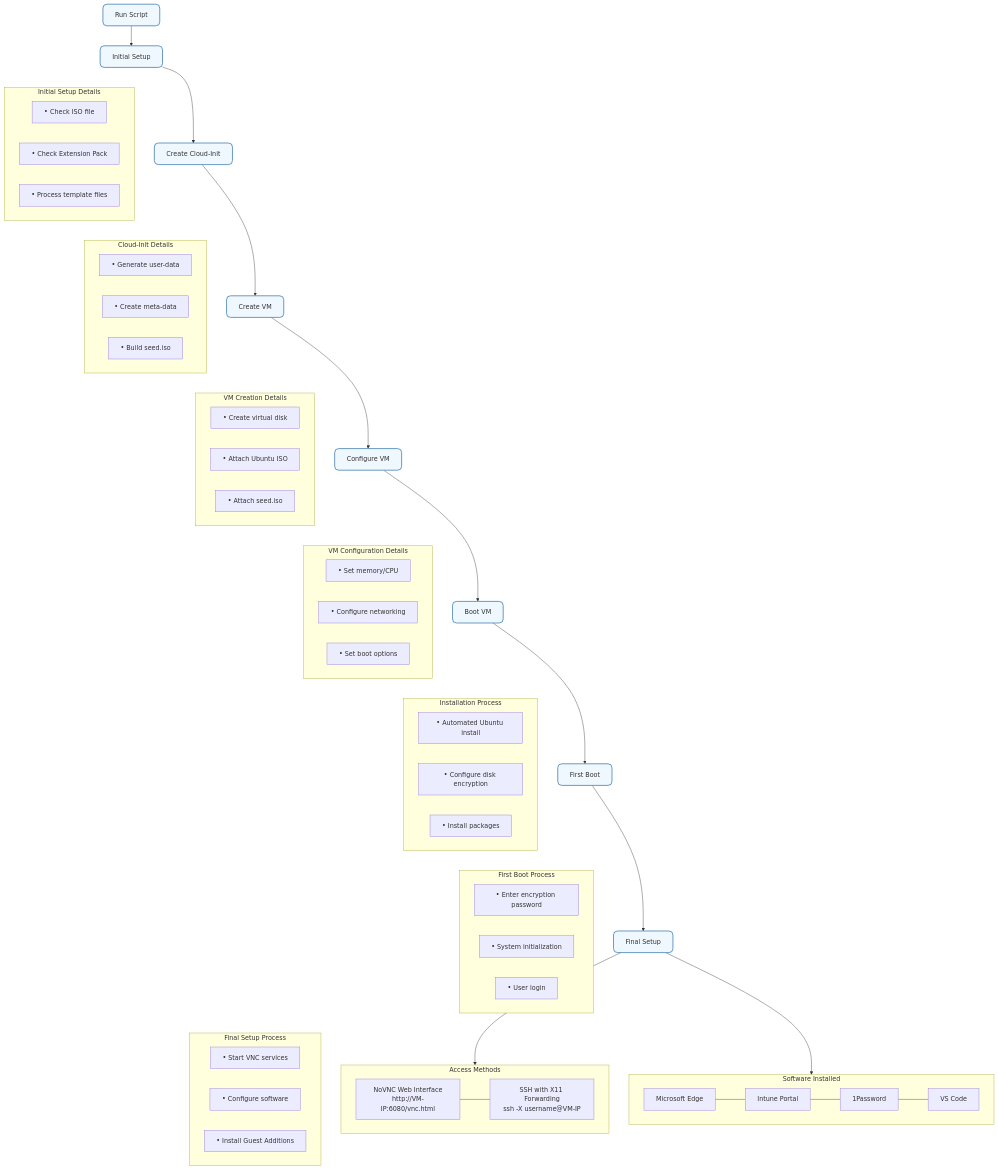
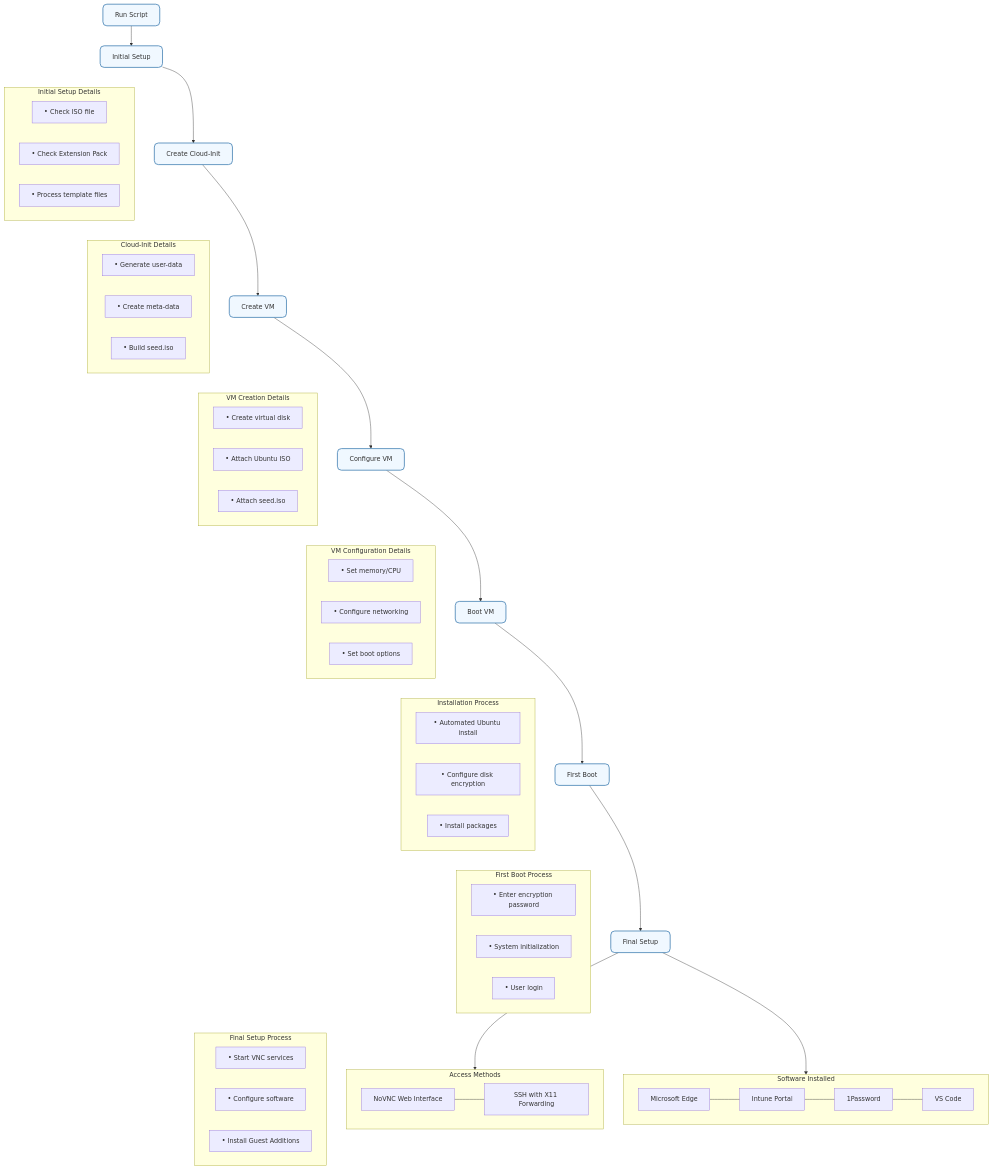
Before and after one commit to blik616287/intune_autoinstall: the diagram in README.md, drawn with Mermaid.

Commit message:
forde-commit-1744408909

````diff
--- a/README.md
+++ b/README.md
@@ -76,75 +76,75 @@
 ```mermaid
 flowchart TD
     A["Run Script"] --> B["Initial Setup"]
     B --> C["Create Cloud-Init"]
     C --> D["Create VM"]
     D --> E["Configure VM"]
     E --> F["Boot VM"]
     F --> G["First Boot"]
     G --> H["Final Setup"]
     
     classDef processBox fill:#f0f8ff,stroke:#4682b4,stroke-width:2px,rx:10px,ry:10px;
     class A,B,C,D,E,F,G,H processBox;
     
     subgraph Init["Initial Setup Details"]
         B1["• Check ISO file"]
         B2["• Check Extension Pack"]
         B3["• Process template files"]
     end
     
     subgraph CloudInit["Cloud-Init Details"]
         C1["• Generate user-data"]
         C2["• Create meta-data"]
         C3["• Build seed.iso"]
     end
     
     subgraph VMCreate["VM Creation Details"]
         D1["• Create virtual disk"]
         D2["• Attach Ubuntu ISO"]
         D3["• Attach seed.iso"]
     end
     
     subgraph VMConfig["VM Configuration Details"]
         E1["• Set memory/CPU"]
         E2["• Configure networking"]
         E3["• Set boot options"]
     end
     
     subgraph Installation["Installation Process"]
         F1["• Automated Ubuntu install"]
         F2["• Configure disk encryption"]
         F3["• Install packages"]
     end
     
     subgraph Boot["First Boot Process"]
         G1["• Enter encryption password"]
         G2["• System initialization"]
         G3["• User login"]
     end
     
     subgraph Setup["Final Setup Process"]
         H1["• Start VNC services"]
         H2["• Configure software"]
         H3["• Install Guest Additions"]
     end
     
     subgraph Software["Software Installed"]
         direction LR
         I["Microsoft Edge"] --- J["Intune Portal"] --- K["1Password"] --- L["VS Code"]
     end
     
     subgraph Access["Access Methods"]
         direction LR
-        M["NoVNC Web Interface<br>http://VM-IP:6080/vnc.html"] --- N["SSH with X11 Forwarding<br>ssh -X username@VM-IP"]
+        M["NoVNC Web Interface"] --- N["SSH with X11 Forwarding"]
     end
     
     B ~~~ Init
     C ~~~ CloudInit
     D ~~~ VMCreate
     E ~~~ VMConfig
     F ~~~ Installation
     G ~~~ Boot
     H ~~~ Setup
     H --> Access
     H --> Software
 ```
````
